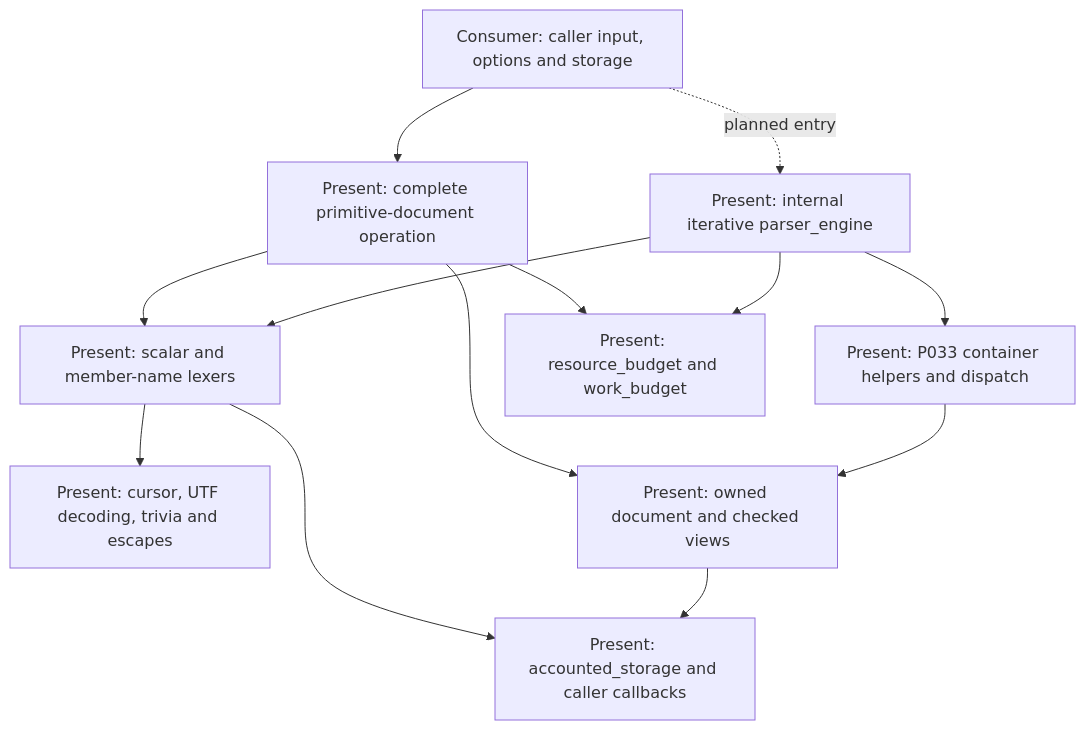
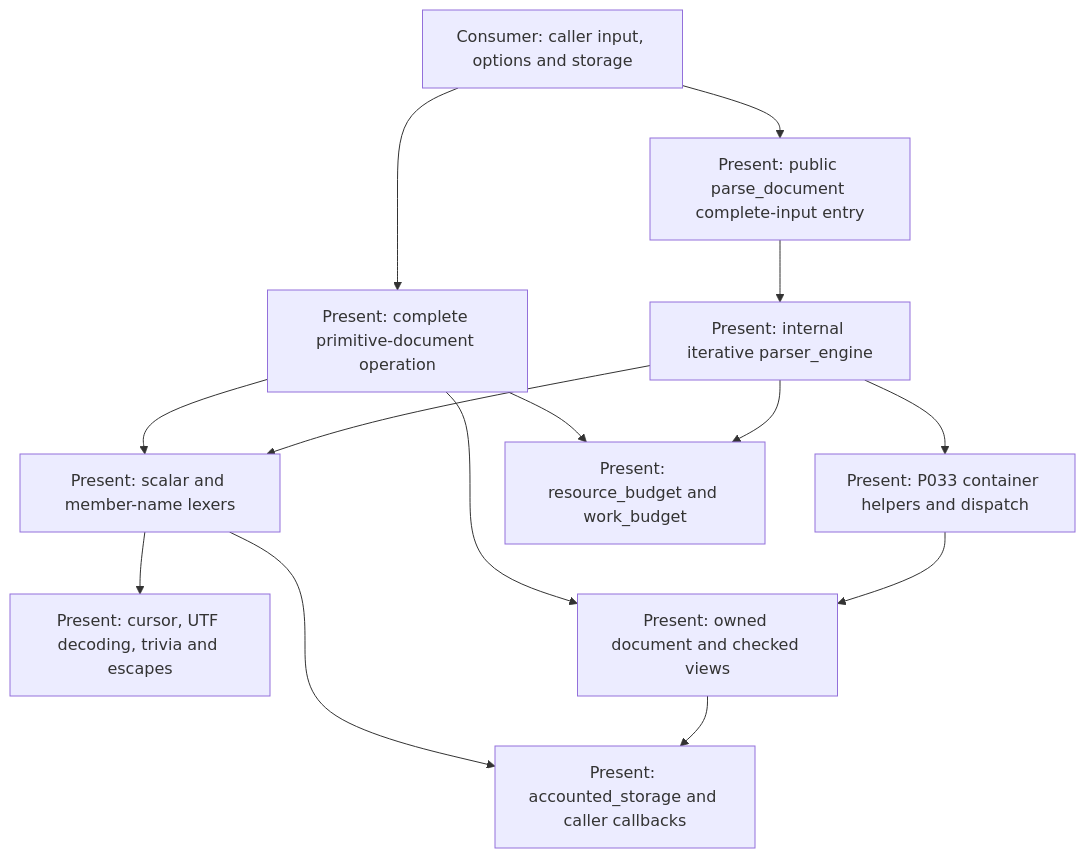
Before and after one commit to Romanr92/Adaptive_JSON5: the fourth of 14 diagrams in docs/architecture.md, drawn with Mermaid. The commit also changed other lines of this file and 10 other files, not shown here.

````diff
--- a/docs/architecture.md
+++ b/docs/architecture.md
@@ -309,24 +310,26 @@
 ```mermaid
 flowchart TB
     Consumer[Consumer: caller input, options and storage]
+    Entry[Present: public parse_document complete-input entry]
     Primitive[Present: complete primitive-document operation]
     Engine[Present: internal iterative parser_engine]
     Helpers[Present: P033 container helpers and dispatch]
     Lexers[Present: scalar and member-name lexers]
     Characters[Present: cursor, UTF decoding, trivia and escapes]
     Model[Present: owned document and checked views]
     Resources[Present: resource_budget and work_budget]
     Storage[Present: accounted_storage and caller callbacks]
     Consumer --> Primitive
-    Consumer -. planned entry .-> Engine
+    Consumer --> Entry
+    Entry --> Engine
     Primitive --> Lexers
     Primitive --> Model
     Primitive --> Resources
     Engine --> Helpers
     Engine --> Lexers
     Engine --> Resources
     Helpers --> Model
     Lexers --> Characters
     Lexers --> Storage
     Model --> Storage
 ```
````
